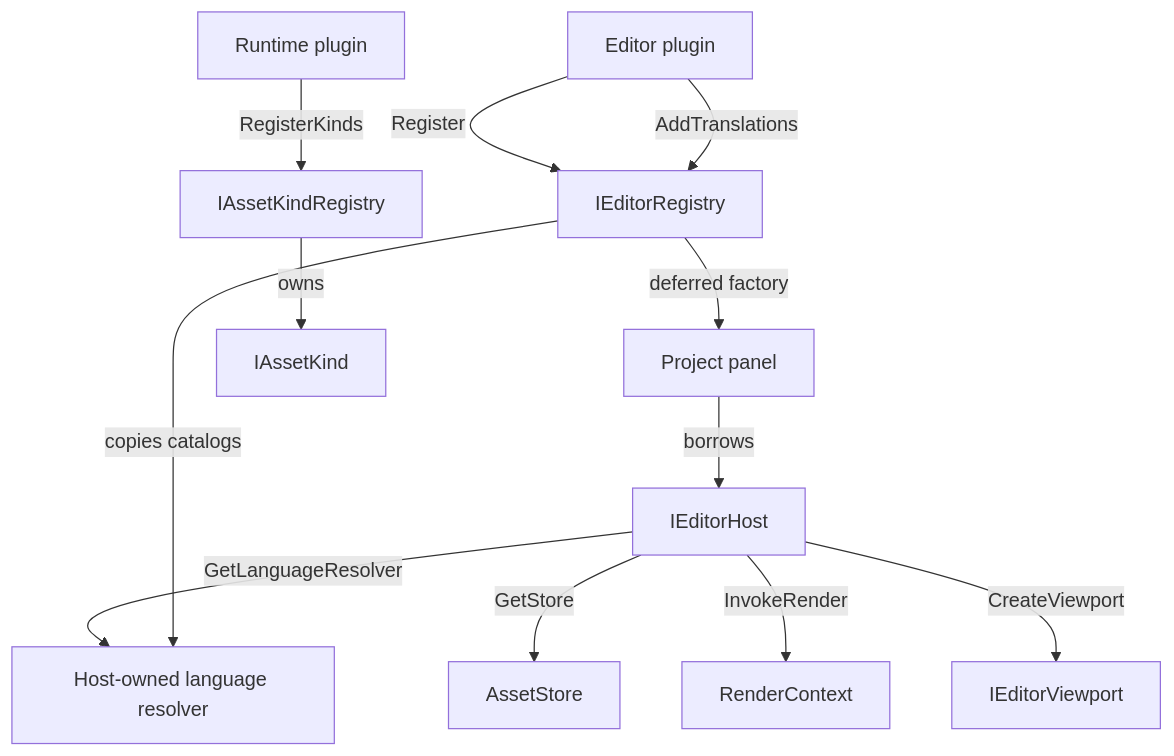
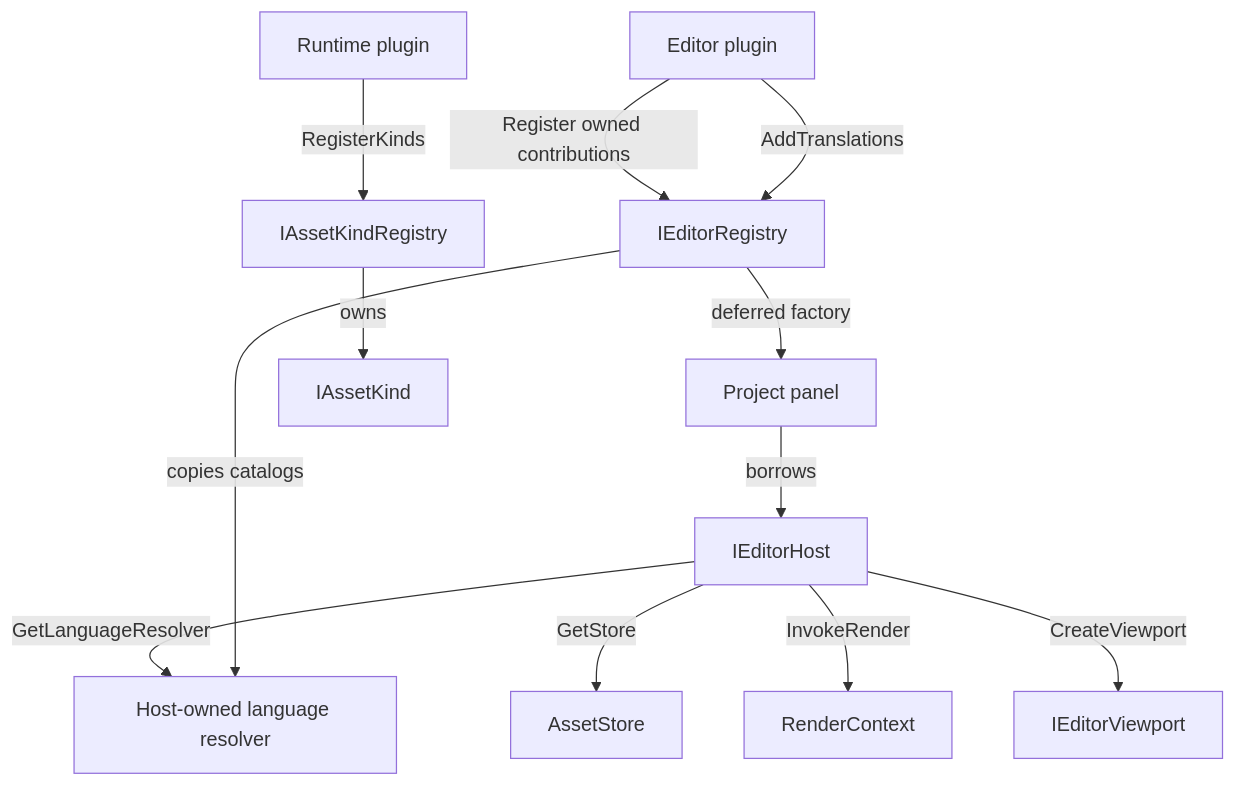
The diagram in docs/editor_plugins.md (alexjiang200407/bernini), drawn with Mermaid before and after one commit. The commit also changed other lines of this file and 18 other files, not shown here.

Commit message:
refactor(editor): own plugin contributions instead of stored callbacks

````diff
--- a/docs/editor_plugins.md
+++ b/docs/editor_plugins.md
@@ -73,14 +76,14 @@
 ```mermaid
 flowchart TD
     Runtime[Runtime plugin] -->|RegisterKinds| Kinds[IAssetKindRegistry]
-    Editor[Editor plugin] -->|Register| Registry[IEditorRegistry]
+    Editor[Editor plugin] -->|Register owned contributions| Registry[IEditorRegistry]
     Registry -->|deferred factory| Panel[Project panel]
     Panel -->|borrows| Host[IEditorHost]
     Host -->|GetLanguageResolver| Language[Host-owned language resolver]
     Editor -->|AddTranslations| Registry
     Registry -->|copies catalogs| Language
     Host -->|GetStore| Store[AssetStore]
     Host -->|InvokeRender| Render[RenderContext]
     Host -->|CreateViewport| Viewport[IEditorViewport]
     Kinds -->|owns| Kind[IAssetKind]
 ```
````
